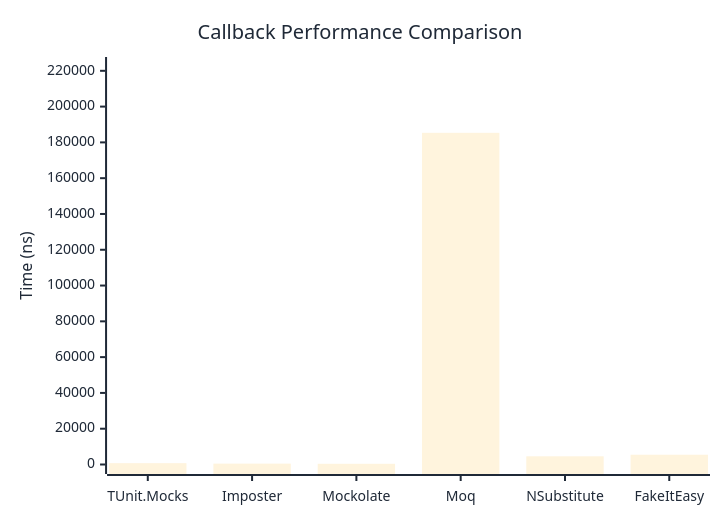
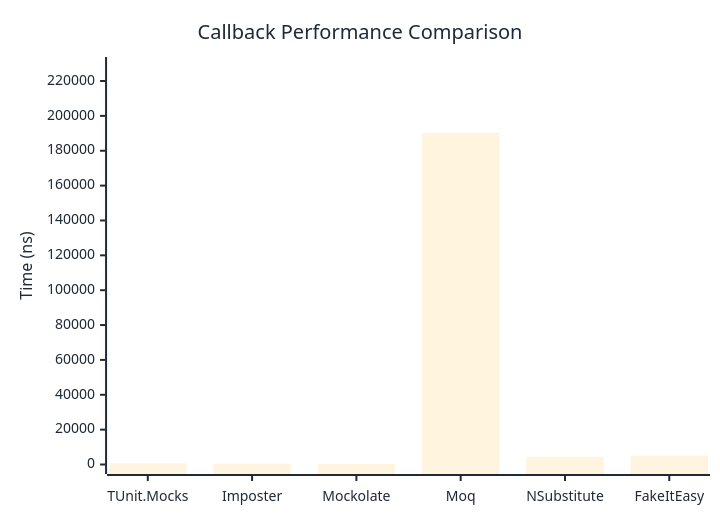
One commit to thomhurst/TUnit changed the first of 2 diagrams in docs/docs/benchmarks/mocks/Callback.md. Above: the diagram before and after it, drawn with Mermaid. The commit also changed other lines of this file and 14 other files, not shown here.

````diff
--- a/docs/docs/benchmarks/mocks/Callback.md
+++ b/docs/docs/benchmarks/mocks/Callback.md
@@ -30,27 +30,27 @@
 ```mermaid
 %%{init: {
   'theme':'base',
   'themeVariables': {
     'primaryColor': '#2563eb',
     'primaryTextColor': '#1f2937',
     'primaryBorderColor': '#1e40af',
     'lineColor': '#6b7280',
     'secondaryColor': '#7c3aed',
     'tertiaryColor': '#dc2626',
     'background': '#ffffff',
     'pie1': '#2563eb',
     'pie2': '#7c3aed',
     'pie3': '#dc2626',
     'pie4': '#f59e0b',
     'pie5': '#10b981',
     'pie6': '#06b6d4',
     'pie7': '#ec4899',
     'pie8': '#6366f1'
   }
 }}%%
 xychart-beta
   title "Callback Performance Comparison"
   x-axis ["TUnit.Mocks", "Imposter", "Mockolate", "Moq", "NSubstitute", "FakeItEasy"]
-  y-axis "Time (ns)" 0 --> 222406
-  bar [747.3, 493.7, 402.3, 185338.2, 4580.6, 5464.3]
+  y-axis "Time (ns)" 0 --> 228332
+  bar [657.6, 451.4, 358, 190276, 4480.4, 5147.3]
 ```
````
